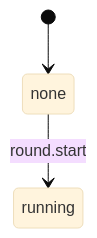
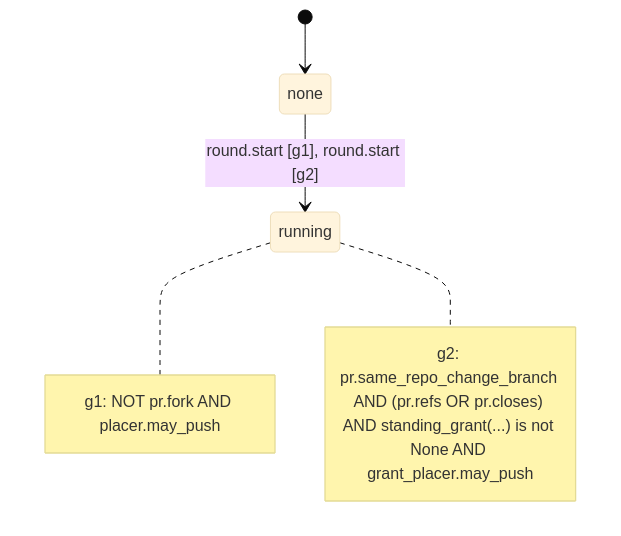
One commit to kostiantyn-matsebora/agent-ops-operator changed the diagram in .github/conveyor-model/mermaid/conveyor_fix.mmd. Above: the diagram before and after it, drawn with Mermaid (base theme). The commit also changed 6 other files, not shown here.

```diff
--- a/.github/conveyor-model/mermaid/conveyor_fix.mmd
+++ b/.github/conveyor-model/mermaid/conveyor_fix.mmd
@@ -1,5 +1,11 @@
 stateDiagram-v2
     [*] --> none
     state none
     state running
-    none --> running : round.start
+    none --> running : round.start [g1], round.start [g2]
+    note right of running
+        g1: NOT pr.fork AND placer.may_push
+    end note
+    note right of running
+        g2: pr.same_repo_change_branch AND (pr.refs OR pr.closes) AND standing_grant(...) is not None AND grant_placer.may_push
+    end note
```
